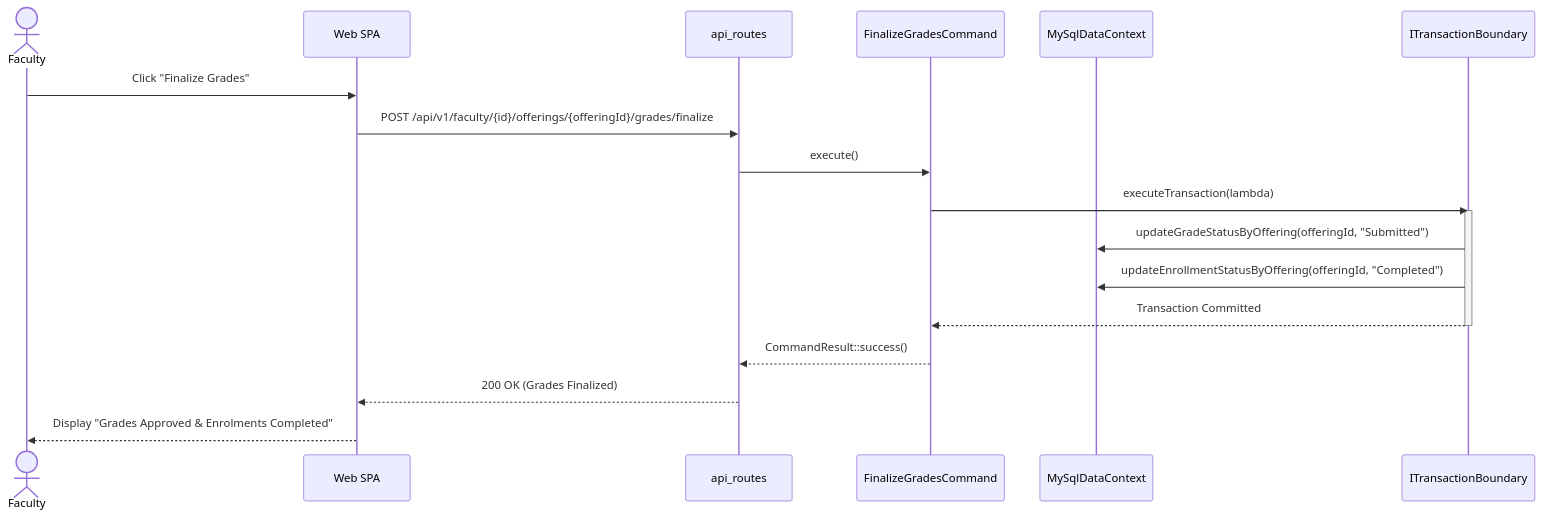
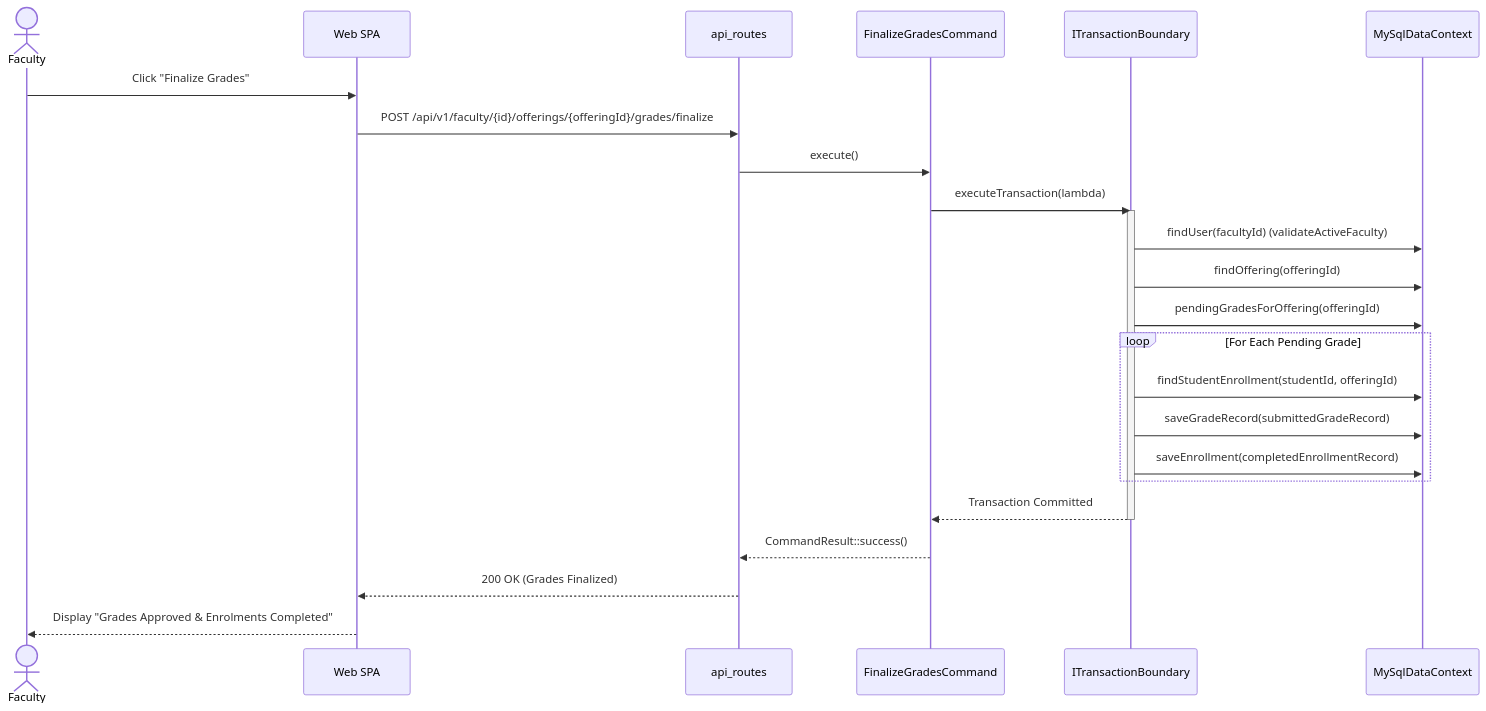
The seventh of 13 diagrams in docs/uml_sequence_diagram.md (DesanSilva/university-course-enrolment-system), drawn with Mermaid before and after one commit. The commit also changed other lines of this file and 3 other files, not shown here.

Commit message:
updated UML diagrams

````diff
--- a/docs/uml_sequence_diagram.md
+++ b/docs/uml_sequence_diagram.md
@@ -174,22 +206,28 @@
 ```mermaid
 sequenceDiagram
     actor Faculty
     participant SPA as Web SPA
     participant Router as api_routes
     participant Command as FinalizeGradesCommand
+    participant Tx as ITransactionBoundary
     participant Store as MySqlDataContext
-    participant Tx as ITransactionBoundary
 
     Faculty->>SPA: Click "Finalize Grades"
     SPA->>Router: POST /api/v1/faculty/{id}/offerings/{offeringId}/grades/finalize
     Router->>Command: execute()
     Command->>Tx: executeTransaction(lambda)
     activate Tx
-    Tx->>Store: updateGradeStatusByOffering(offeringId, "Submitted")
-    Tx->>Store: updateEnrollmentStatusByOffering(offeringId, "Completed")
+    Tx->>Store: findUser(facultyId) (validateActiveFaculty)
+    Tx->>Store: findOffering(offeringId)
+    Tx->>Store: pendingGradesForOffering(offeringId)
+    loop For Each Pending Grade
+        Tx->>Store: findStudentEnrollment(studentId, offeringId)
+        Tx->>Store: saveGradeRecord(submittedGradeRecord)
+        Tx->>Store: saveEnrollment(completedEnrollmentRecord)
+    end
     Tx-->>Command: Transaction Committed
     deactivate Tx
     Command-->>Router: CommandResult::success()
     Router-->>SPA: 200 OK (Grades Finalized)
     SPA-->>Faculty: Display "Grades Approved & Enrolments Completed"
 ```
````
